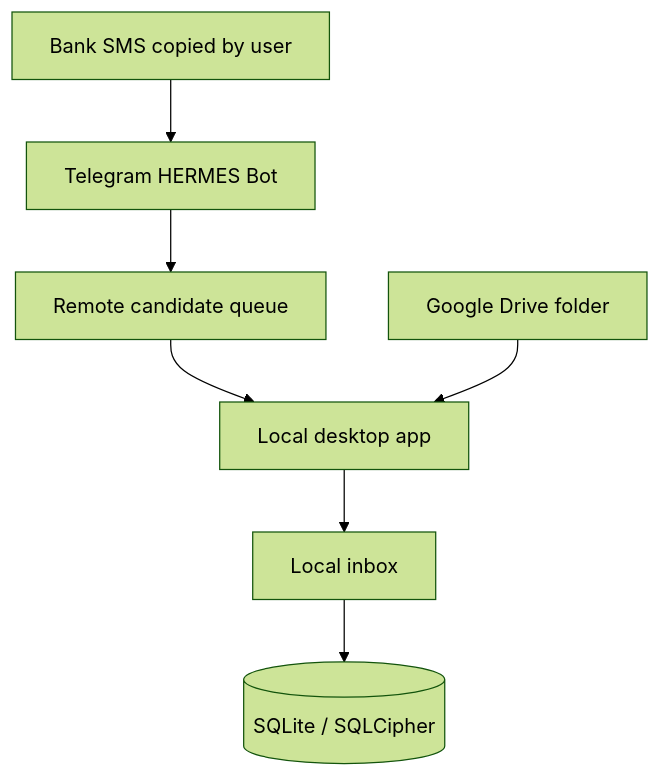
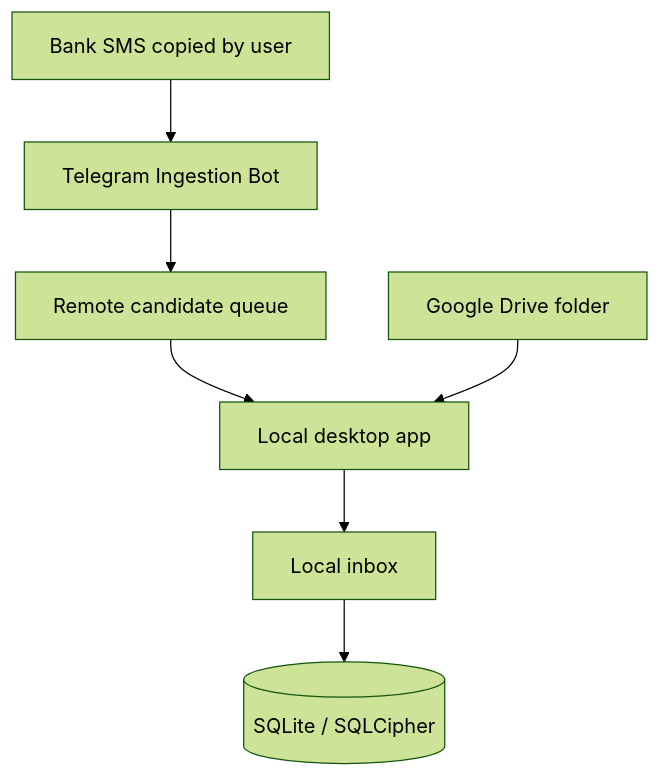
One commit to seifelsherbinyy/nizamfinancialapp changed the fourth of 4 diagrams in docs/research/budgeting-app-offline-telegram-ingestion.md. Above: the diagram before and after it, drawn with Mermaid (forest theme). The commit also changed other lines of this file and 5 other files, not shown here.

Commit message:
Strip Amazon/proprietary refs from builder-facing files; steering-authoritative reconciliation notes; add enhanced JSON-schema Kiro prompt

````diff
--- a/docs/research/budgeting-app-offline-telegram-ingestion.md
+++ b/docs/research/budgeting-app-offline-telegram-ingestion.md
@@ -1226,17 +1228,17 @@
 ```mermaid
 flowchart TD
     SMS[Bank SMS copied by user]
-    TG[Telegram HERMES Bot]
+    TG[Telegram Ingestion Bot]
     Q[Remote candidate queue]
     APP[Local desktop app]
     DB[(SQLite / SQLCipher)]
     GD[Google Drive folder]
     INBOX[Local inbox]
 
     SMS --> TG
     TG --> Q
     Q --> APP
     GD --> APP
     APP --> INBOX
     INBOX --> DB
 ```
````
